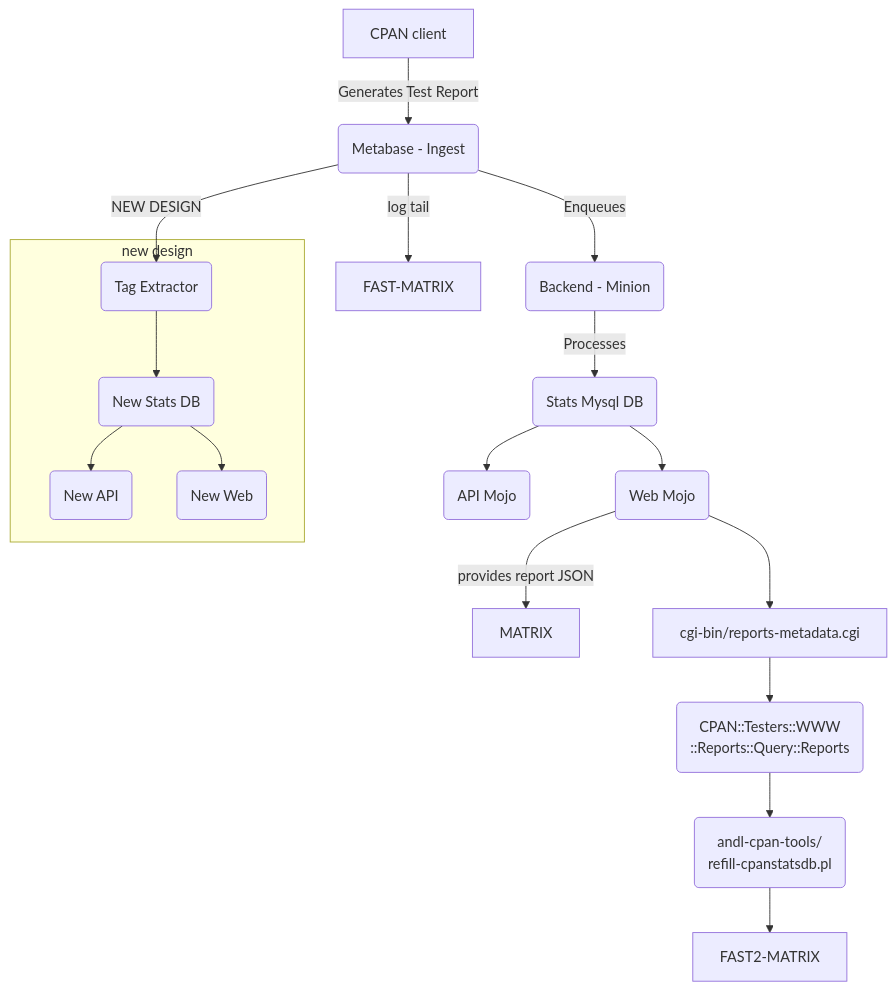
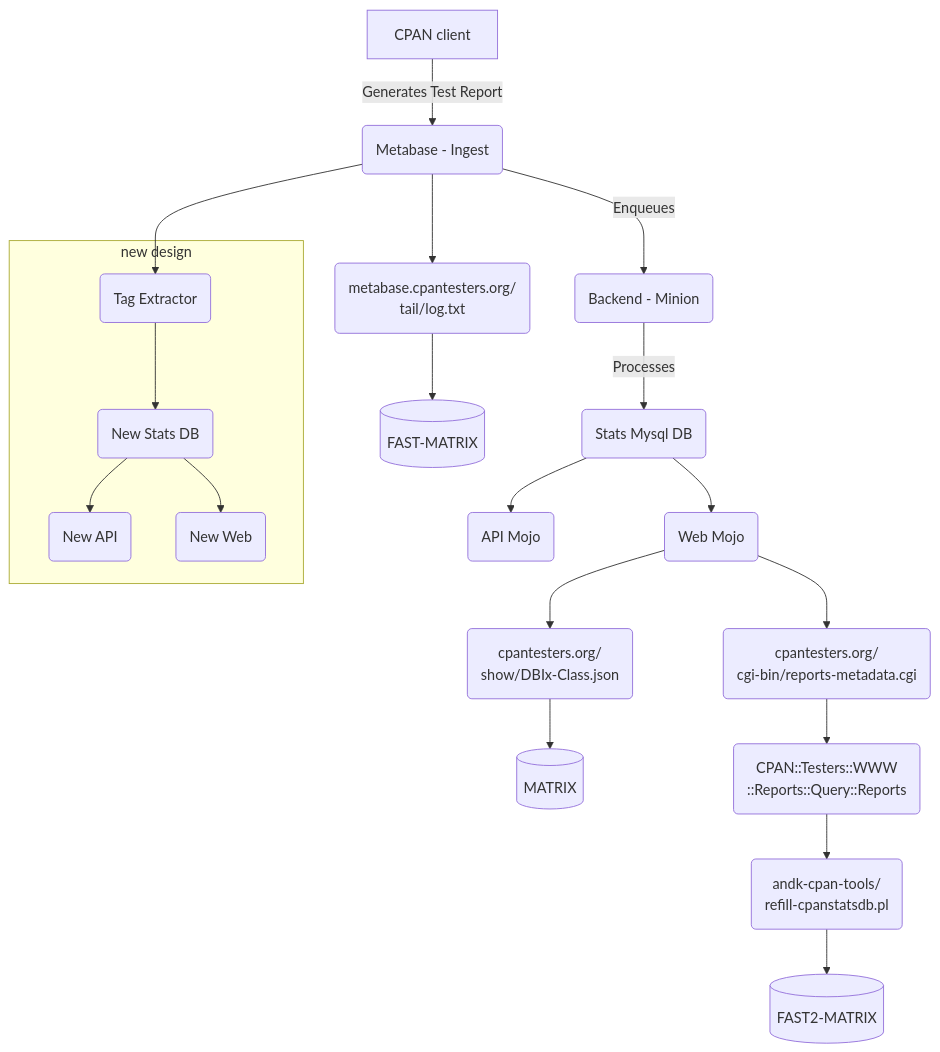
Before and after one commit to cpan-testers/cpantesters-inventory: the diagram in report_flow.md, drawn with Mermaid.

Commit message:
more flow data

````diff
--- a/report_flow.md
+++ b/report_flow.md
@@ -3,22 +3,30 @@
 ```mermaid
 flowchart TD
     A[CPAN client] -->|Generates Test Report| B(Metabase - Ingest)
-    B -->|Enqueues| C(Backend - Minion)
+      -->|Enqueues| C(Backend - Minion)
     C -->|Processes| D(Stats Mysql DB)
     D --> F(API Mojo)
     D --> G(Web Mojo)
-    B -->|NEW DESIGN| H(Tag Extractor)
+
+    B --> taillog(metabase.cpantesters.org/
+                  tail/log.txt) --> M1[(FAST-MATRIX)]
+    
+    G --> jrep(cpantesters.org/
+               show/DBIx-Class.json)
+      --> M2[(MATRIX)]
+
+    G --> repmeta(cpantesters.org/
+        cgi-bin/reports-metadata.cgi)
+      --> qreports(CPAN::Testers::WWW
+          ::Reports::Query::Reports)
+      --> refill(andk-cpan-tools/
+          refill-cpanstatsdb.pl)
+      --> M3[(FAST2-MATRIX)]
+    
+    B --> H
     subgraph new design
-    H --> I(New Stats DB)
-    I --> J(New API)
-    I --> K(New Web)
+        H(Tag Extractor) --> I(New Stats DB)
+        I --> J(New API)
+        I --> K(New Web)
     end
-    G -->|provides report JSON| MATRIX
-    B -->|log tail| FAST-MATRIX
-    G --> cgi-bin/reports-metadata.cgi
-    cgi-bin/reports-metadata.cgi --> L(CPAN::Testers::WWW
-          ::Reports::Query::Reports)
-    L --> M(andl-cpan-tools/
-          refill-cpanstatsdb.pl)
-    M --> FAST2-MATRIX
 ```
````
